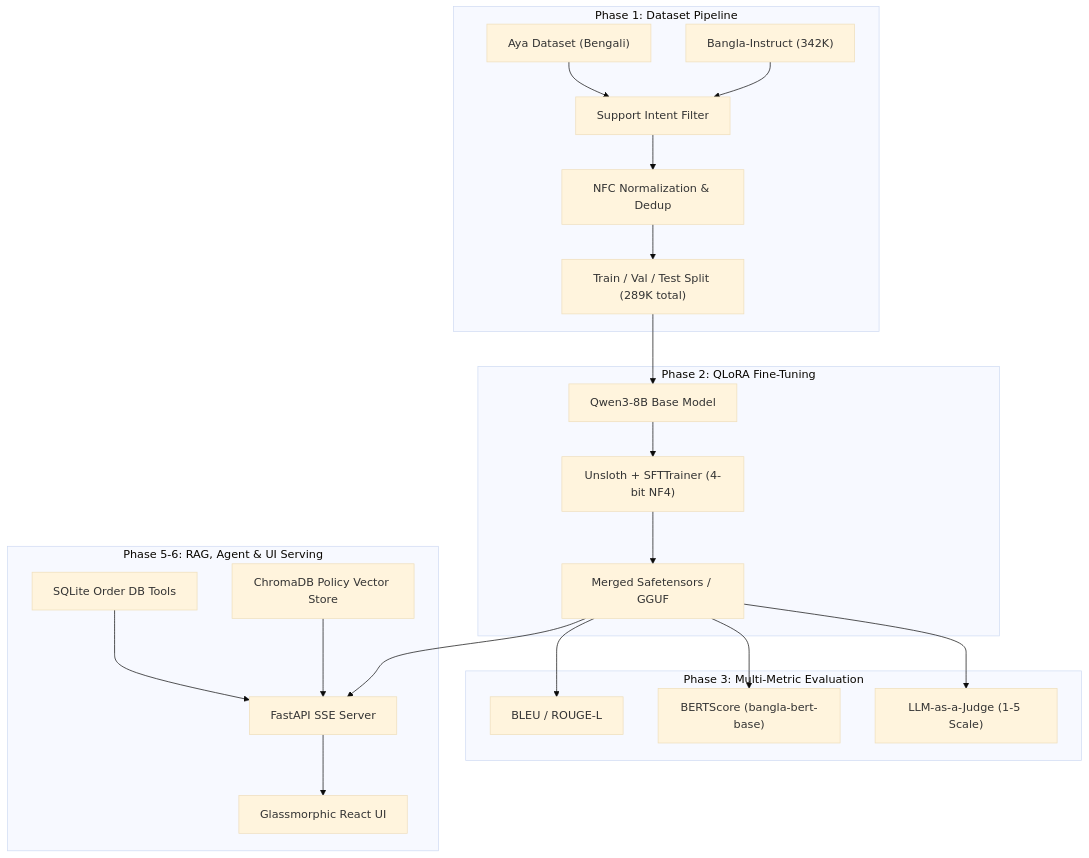
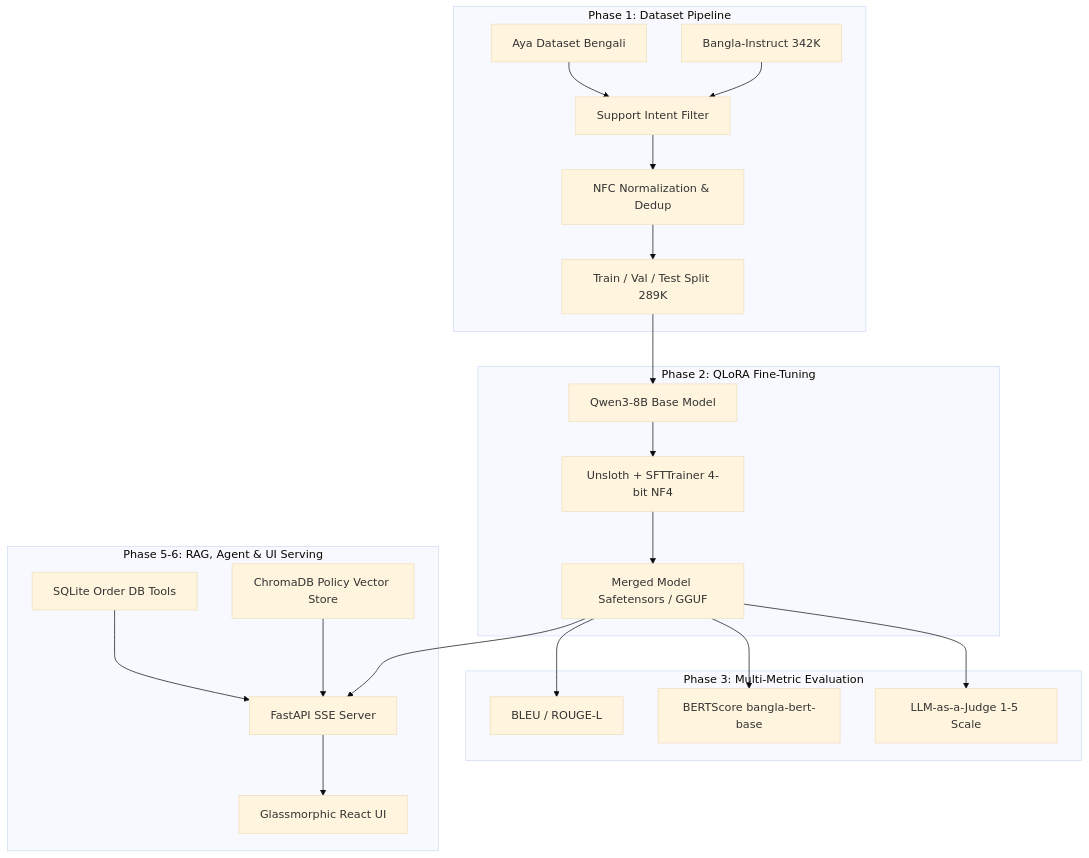
Before and after one commit to mrshibly/BanglaSupport-LLM: the first of 3 diagrams in README.md, drawn with Mermaid (base theme). The commit also changed other lines of this file, not shown here.

Commit message:
Fix Mermaid diagram syntax for GitHub rendering

````diff
--- a/README.md
+++ b/README.md
@@ -42,28 +42,28 @@
 ```mermaid
 flowchart TD
-    subgraph Data_Engineering ["Phase 1: Dataset Pipeline"]
-        A1["Bangla-Instruct (342K)"] --> A3["Support Intent Filter"]
-        A2["Aya Dataset (Bengali)"] --> A3
-        A3 --> A4["NFC Normalization & Dedup"]
-        A4 --> A5["Train / Val / Test Split (289K total)"]
+    subgraph DataPrep [Phase 1: Dataset Pipeline]
+        A1[Bangla-Instruct 342K] --> A3[Support Intent Filter]
+        A2[Aya Dataset Bengali] --> A3
+        A3 --> A4[NFC Normalization & Dedup]
+        A4 --> A5[Train / Val / Test Split 289K]
     end
 
-    subgraph Fine_Tuning ["Phase 2: QLoRA Fine-Tuning"]
-        A5 --> B1["Qwen3-8B Base Model"]
-        B1 --> B2["Unsloth + SFTTrainer (4-bit NF4)"]
-        B2 --> B3["Merged Safetensors / GGUF"]
+    subgraph Training [Phase 2: QLoRA Fine-Tuning]
+        A5 --> B1[Qwen3-8B Base Model]
+        B1 --> B2[Unsloth + SFTTrainer 4-bit NF4]
+        B2 --> B3[Merged Model Safetensors / GGUF]
     end
 
-    subgraph Evaluation ["Phase 3: Multi-Metric Evaluation"]
-        B3 --> C1["BLEU / ROUGE-L"]
-        B3 --> C2["BERTScore (bangla-bert-base)"]
-        B3 --> C3["LLM-as-a-Judge (1-5 Scale)"]
+    subgraph Eval [Phase 3: Multi-Metric Evaluation]
+        B3 --> C1[BLEU / ROUGE-L]
+        B3 --> C2[BERTScore bangla-bert-base]
+        B3 --> C3[LLM-as-a-Judge 1-5 Scale]
     end
 
-    subgraph Serving ["Phase 5-6: RAG, Agent & UI Serving"]
-        B3 --> D1["FastAPI SSE Server"]
-        D2["ChromaDB Policy Vector Store"] --> D1
-        D3["SQLite Order DB Tools"] --> D1
-        D1 --> D4["Glassmorphic React UI"]
+    subgraph Serving [Phase 5-6: RAG, Agent & UI Serving]
+        B3 --> D1[FastAPI SSE Server]
+        D2[ChromaDB Policy Vector Store] --> D1
+        D3[SQLite Order DB Tools] --> D1
+        D1 --> D4[Glassmorphic React UI]
     end
 ```
````
